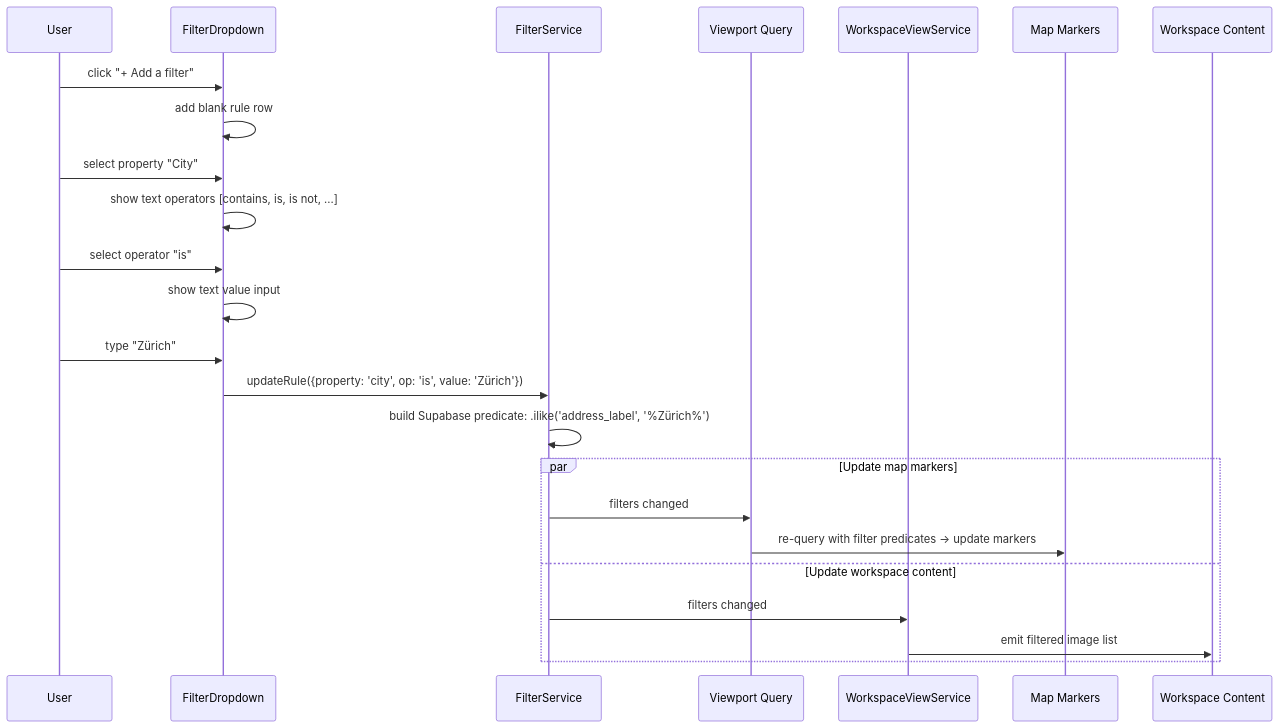
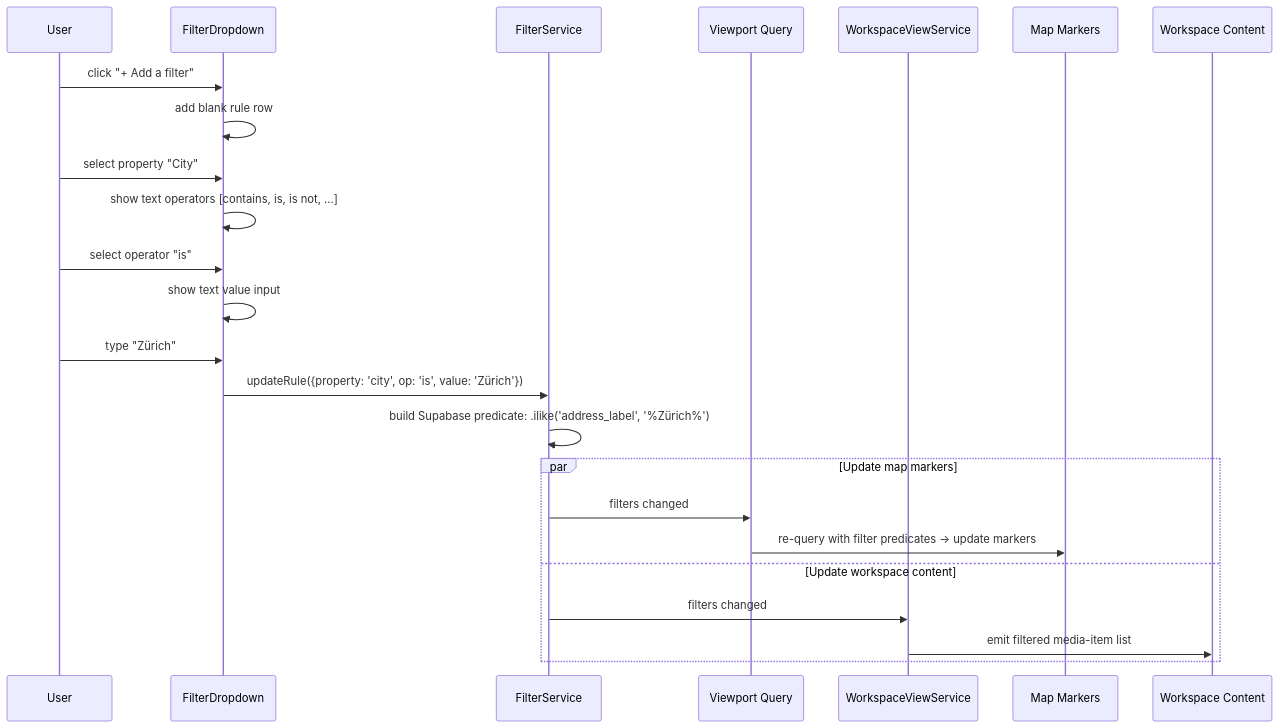
One commit to matkleve/feldpost changed the second of 8 diagrams in docs/specs/component/filter-dropdown.md. Above: the diagram before and after it, drawn with Mermaid. The commit also changed other lines of this file and 26 other files, not shown here.

````diff
--- a/docs/specs/component/filter-dropdown.md
+++ b/docs/specs/component/filter-dropdown.md
@@ -151,31 +151,31 @@
 ```mermaid
 sequenceDiagram
     participant U as User
     participant FD as FilterDropdown
     participant FS as FilterService
     participant VQ as Viewport Query
     participant WVS as WorkspaceViewService
     participant Map as Map Markers
     participant WP as Workspace Content
 
     U->>FD: click "+ Add a filter"
     FD->>FD: add blank rule row
 
     U->>FD: select property "City"
     FD->>FD: show text operators [contains, is, is not, ...]
 
     U->>FD: select operator "is"
     FD->>FD: show text value input
 
     U->>FD: type "Zürich"
     FD->>FS: updateRule({property: 'city', op: 'is', value: 'Zürich'})
     FS->>FS: build Supabase predicate: .ilike('address_label', '%Zürich%')
 
     par Update map markers
         FS->>VQ: filters changed
         VQ->>Map: re-query with filter predicates → update markers
     and Update workspace content
         FS->>WVS: filters changed
-        WVS->>WP: emit filtered image list
+        WVS->>WP: emit filtered media-item list
     end
 ```
````
